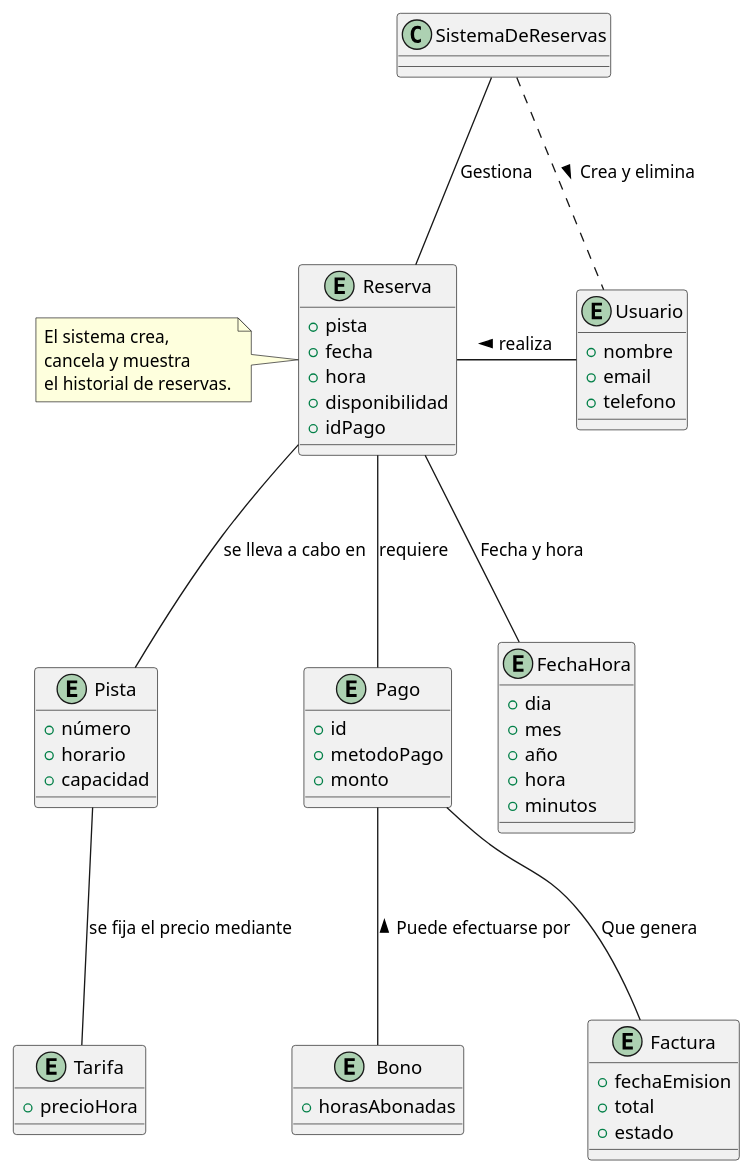
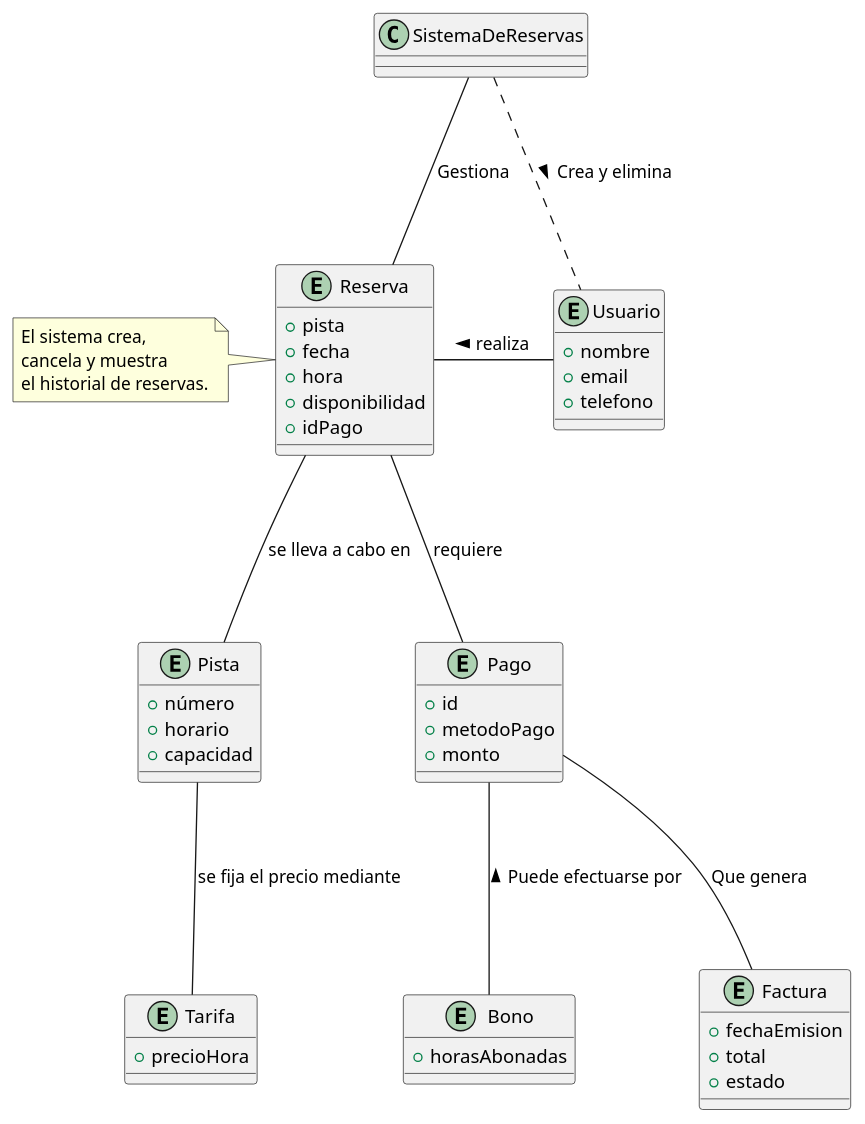
One commit to pablarce/23-24-IdSw1-SDR changed the diagram in ModeloDeDominio/DiagramaDeClases.puml. Above: the diagram before and after it, drawn with PlantUML. The commit also changed 3 other files, not shown here.

```diff
--- a/ModeloDeDominio/DiagramaDeClases.puml
+++ b/ModeloDeDominio/DiagramaDeClases.puml
@@ -1,66 +1,58 @@
 @startuml Sistema de reservas
 
 entity Reserva {
   + pista
   + fecha
   + hora
   + disponibilidad
   + idPago
 }
 
 note left of Reserva
  El sistema crea, 
  cancela y muestra 
  el historial de reservas.
  end note
 
 entity Usuario {
   + nombre
   + email
   + telefono
 }
 entity Pista {
   + número
   + horario
   + capacidad
 }
 
 entity Pago {
   + id
   + metodoPago
   + monto
 }
 
 entity Bono {
   + horasAbonadas
 }
 
 entity Factura {
   + fechaEmision
   + total
   + estado
 }
 
 entity Tarifa {
   + precioHora
 }
 
-entity FechaHora {
-  + dia
-  + mes
-  + año
-  + hora
-  + minutos
-}
 
 SistemaDeReservas --- Reserva: Gestiona
 SistemaDeReservas .. Usuario : > Crea y elimina
 Usuario -left- Reserva: > realiza
 Reserva --- Pago: requiere
 Reserva --- Pista: se lleva a cabo en
 Pista --- Tarifa: se fija el precio mediante
-Reserva --- FechaHora: Fecha y hora
 Pago --- Factura: Que genera 
 Pago --- Bono : < Puede efectuarse por
 
 @enduml
```
